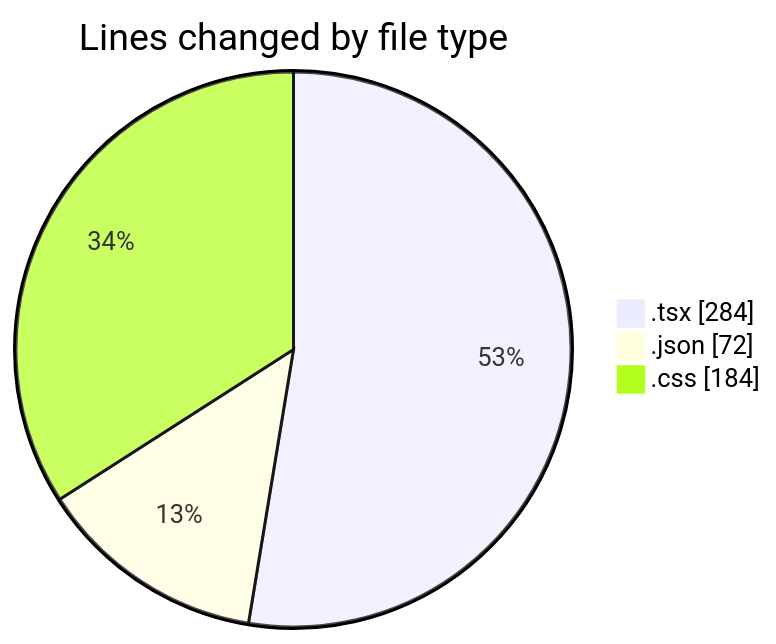
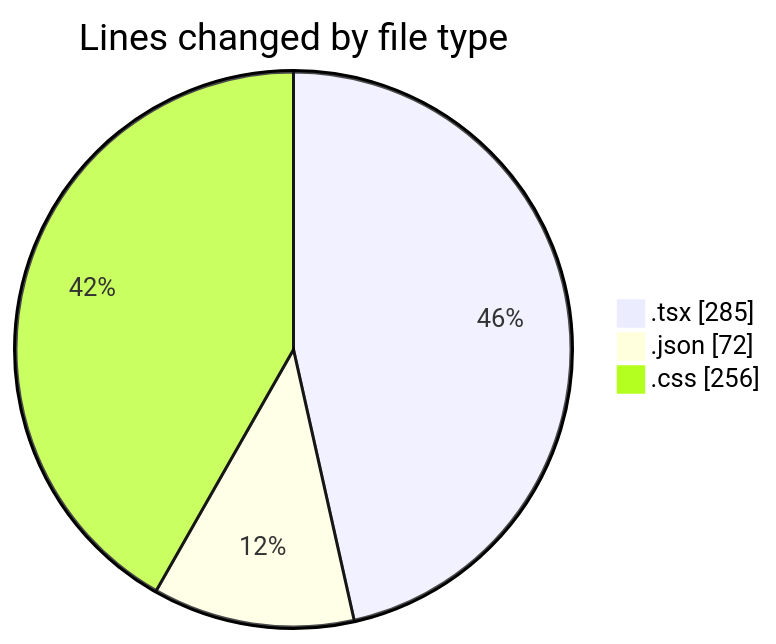
The first of 2 diagrams in 2025-08-05/tw-server/README.md (EIIisD/code-tracking), drawn with Mermaid before and after one commit. The commit also changed other lines of this file and 1 other file, not shown here.

````diff
--- a/2025-08-05/tw-server/README.md
+++ b/2025-08-05/tw-server/README.md
@@ -28,7 +28,7 @@
 ```mermaid
 pie showData
 title Lines changed by file type
-".tsx" : 284
+".tsx" : 285
 ".json" : 72
-".css" : 184
+".css" : 256
 ```
````
